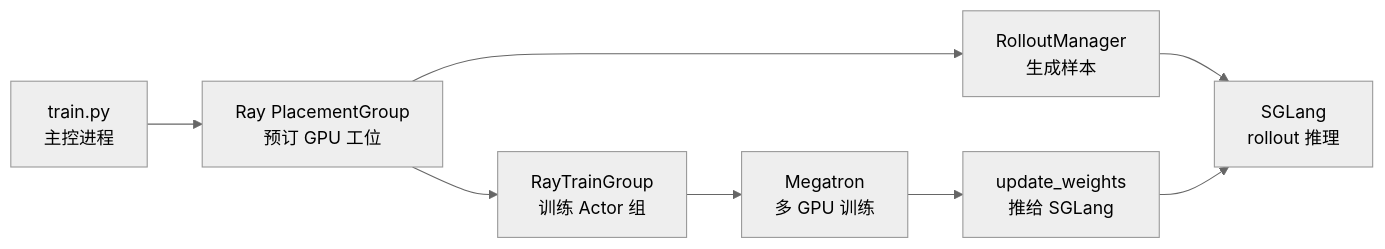
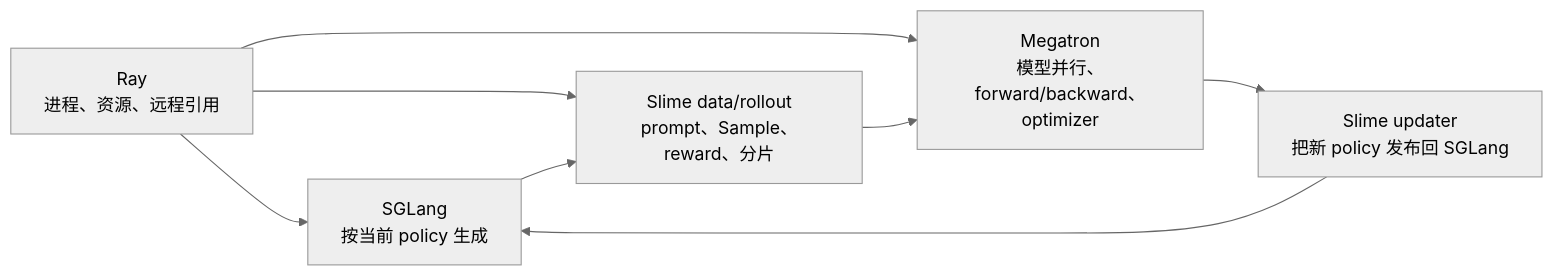
Before and after one commit to OnlyHero5/sglang-reading-vault: the diagram in slime_reading/导读与总览/Slime-零基础先修.md, drawn with Mermaid (neutral theme). The commit also changed other lines of this file and 512 other files, not shown here.

````diff
--- a/slime_reading/导读与总览/Slime-零基础先修.md
+++ b/slime_reading/导读与总览/Slime-零基础先修.md
@@ -33,10 +23,13 @@
 ```mermaid
 flowchart LR
-  CLI["train.py<br/>主控进程"] --> PG["Ray PlacementGroup<br/>预订 GPU 工位"]
-  PG --> RM["RolloutManager<br/>生成样本"]
-  PG --> TG["RayTrainGroup<br/>训练 Actor 组"]
-  RM --> SG["SGLang<br/>rollout 推理"]
-  TG --> MT["Megatron<br/>多 GPU 训练"]
-  MT --> UW["update_weights<br/>推给 SGLang"]
-  UW --> SG
+    R["Ray<br/>进程、资源、远程引用"]
+    S["SGLang<br/>按当前 policy 生成"]
+    D["Slime data/rollout<br/>prompt、Sample、reward、分片"]
+    M["Megatron<br/>模型并行、forward/backward、optimizer"]
+    W["Slime updater<br/>把新 policy 发布回 SGLang"]
+
+    R --> S
+    R --> D
+    R --> M
+    S --> D --> M --> W --> S
 ```
````
